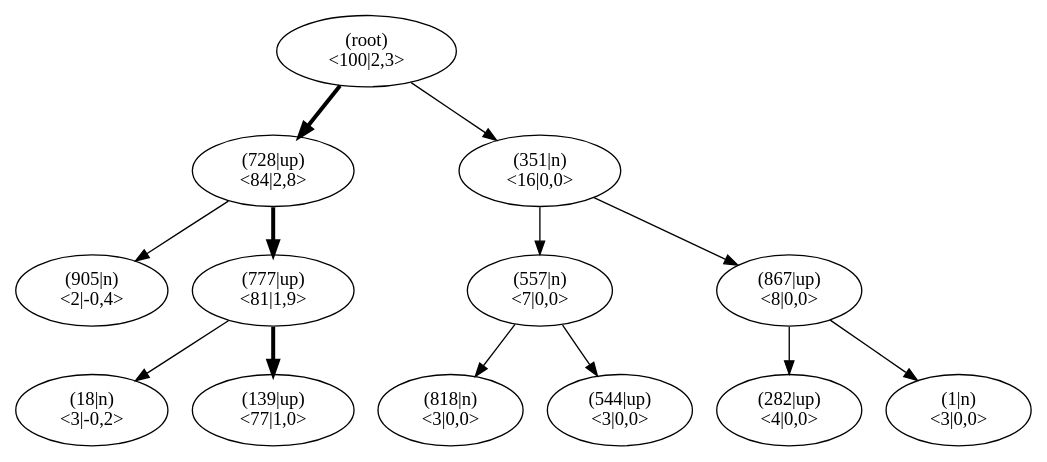
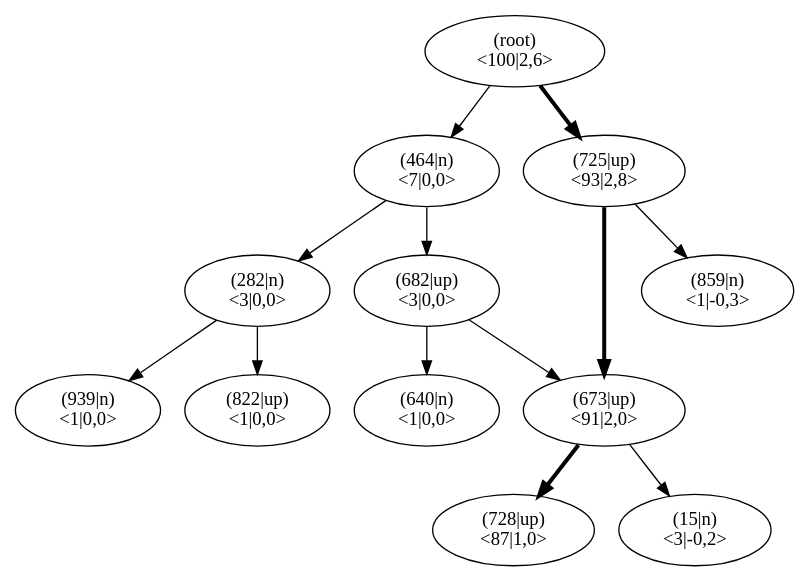
One commit to JonasHellgren/relexp-java changed the diagram in pictures/ch13/jumper_test_mcts.dot. Above: the diagram before and after it, drawn with Graphviz. The commit also changed 14 other files, not shown here.

```diff
--- a/pictures/ch13/jumper_test_mcts.dot
+++ b/pictures/ch13/jumper_test_mcts.dot
@@ -1,41 +1,41 @@
 digraph MCTS {
 node [shape=ellipse];
 Nroot [label="(root)
-<100|2,3>"];
-Nroot -> N728[penwidth=3];
+<100|2,6>"];
+Nroot -> N464[penwidth=1];
+N464 [label="(464|n)
+<7|0,0>"];
+N464 -> N682[penwidth=1];
+N682 [label="(682|up)
+<3|0,0>"];
+N682 -> N673[penwidth=1];
+N673 [label="(673|up)
+<1|0,0>"];
+N682 -> N640[penwidth=1];
+N640 [label="(640|n)
+<1|0,0>"];
+N464 -> N282[penwidth=1];
+N282 [label="(282|n)
+<3|0,0>"];
+N282 -> N939[penwidth=1];
+N939 [label="(939|n)
+<1|0,0>"];
+N282 -> N822[penwidth=1];
+N822 [label="(822|up)
+<1|0,0>"];
+Nroot -> N725[penwidth=3];
+N725 [label="(725|up)
+<93|2,8>"];
+N725 -> N859[penwidth=1];
+N859 [label="(859|n)
+<1|-0,3>"];
+N725 -> N673[penwidth=3];
+N673 [label="(673|up)
+<91|2,0>"];
+N673 -> N728[penwidth=3];
 N728 [label="(728|up)
-<84|2,8>"];
-N728 -> N905[penwidth=1];
-N905 [label="(905|n)
-<2|-0,4>"];
-N728 -> N777[penwidth=3];
-N777 [label="(777|up)
-<81|1,9>"];
-N777 -> N18[penwidth=1];
-N18 [label="(18|n)
+<87|1,0>"];
+N673 -> N15[penwidth=1];
+N15 [label="(15|n)
 <3|-0,2>"];
-N777 -> N139[penwidth=3];
-N139 [label="(139|up)
-<77|1,0>"];
-Nroot -> N351[penwidth=1];
-N351 [label="(351|n)
-<16|0,0>"];
-N351 -> N557[penwidth=1];
-N557 [label="(557|n)
-<7|0,0>"];
-N557 -> N818[penwidth=1];
-N818 [label="(818|n)
-<3|0,0>"];
-N557 -> N544[penwidth=1];
-N544 [label="(544|up)
-<3|0,0>"];
-N351 -> N867[penwidth=1];
-N867 [label="(867|up)
-<8|0,0>"];
-N867 -> N282[penwidth=1];
-N282 [label="(282|up)
-<4|0,0>"];
-N867 -> N1[penwidth=1];
-N1 [label="(1|n)
-<3|0,0>"];
 }
```
